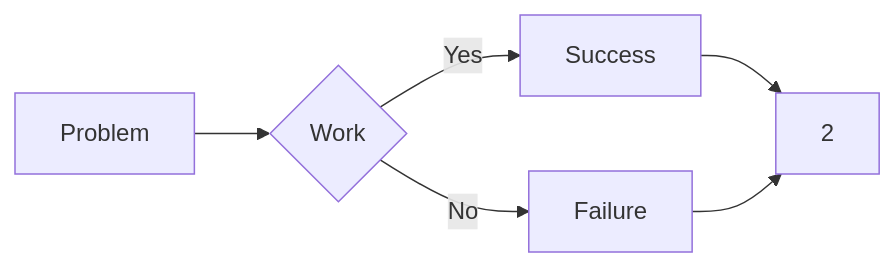
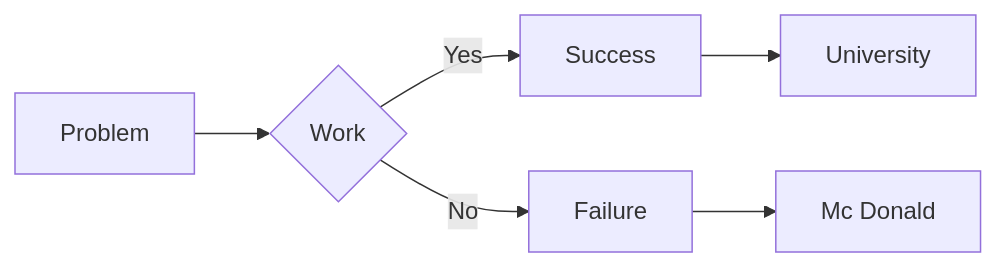
One commit to OC-informatique/python-markdown-theme-global changed the diagram in README.md. Above: the diagram before and after it, drawn with Mermaid.

````diff
--- a/README.md
+++ b/README.md
@@ -3,8 +3,8 @@
 ```mermaid
 graph LR
   A[Problem] --> B{Work}
   B -->|Yes| C[Success]
   B -->|No| D[Failure]
-  C --> E[6]
-  D --> E[2]
+  C --> E[University]
+  D --> G[Mc Donald]
 ```
````
